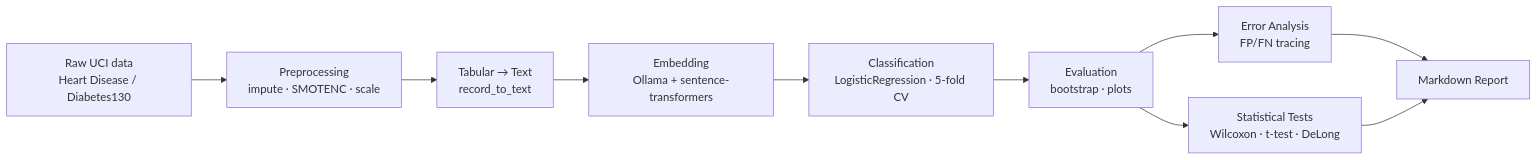
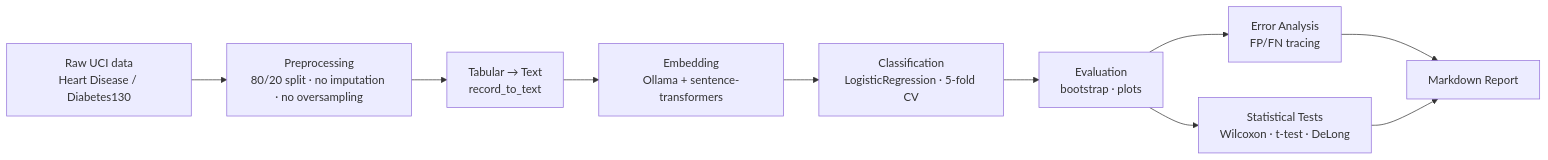
Before and after one commit to KevinPasquale88/Forecast: the diagram in README.md, drawn with Mermaid. The commit also changed other lines of this file and 324 other files, not shown here.

````diff
--- a/README.md
+++ b/README.md
@@ -5,12 +5,12 @@
 ```mermaid
 flowchart LR
-    A[Raw UCI data\nHeart Disease / Diabetes130] --> B[Preprocessing\nimpute · SMOTENC · scale]
+    A[Raw UCI data\nHeart Disease / Diabetes130] --> B[Preprocessing\n80/20 split · no imputation · no oversampling]
     B --> C[Tabular → Text\nrecord_to_text]
     C --> D[Embedding\nOllama + sentence-transformers]
     D --> E[Classification\nLogisticRegression · 5-fold CV]
     E --> F[Evaluation\nbootstrap · plots]
     F --> G[Error Analysis\nFP/FN tracing]
     F --> H[Statistical Tests\nWilcoxon · t-test · DeLong]
     G --> I[Markdown Report]
     H --> I
 ```
````
